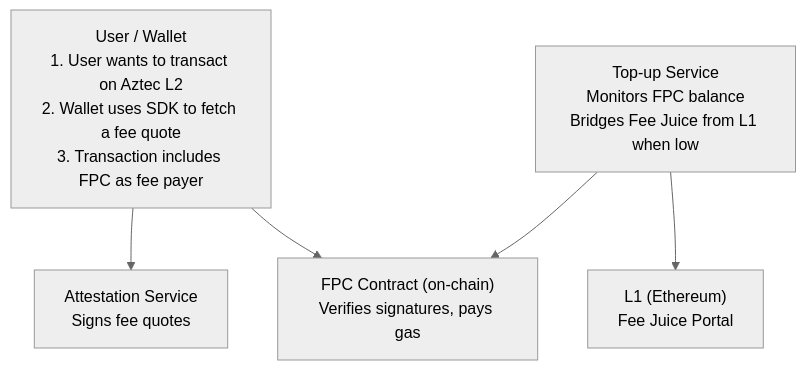
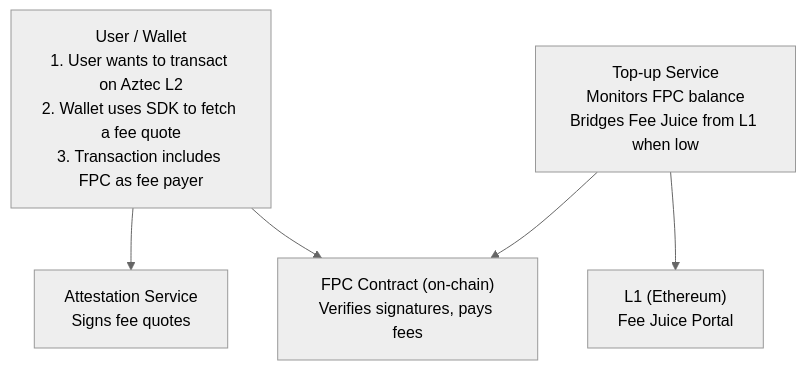
One commit to NethermindEth/aztec-fpc changed the first of 4 diagrams in docs/architecture.md. Above: the diagram before and after it, drawn with Mermaid (neutral theme). The commit also changed other lines of this file and 22 other files, not shown here.

````diff
--- a/docs/architecture.md
+++ b/docs/architecture.md
@@ -19,8 +19,8 @@
 ```mermaid
 graph TD
     W["User / Wallet<br/>1. User wants to transact on Aztec L2<br/>2. Wallet uses SDK to fetch a fee quote<br/>3. Transaction includes FPC as fee payer"]
     W --> A["Attestation Service<br/>Signs fee quotes"]
-    W --> F["FPC Contract (on-chain)<br/>Verifies signatures, pays gas"]
+    W --> F["FPC Contract (on-chain)<br/>Verifies signatures, pays fees"]
     T["Top-up Service<br/>Monitors FPC balance<br/>Bridges Fee Juice from L1 when low"] --> F
     T --> L1["L1 (Ethereum)<br/>Fee Juice Portal"]
 ```
````
